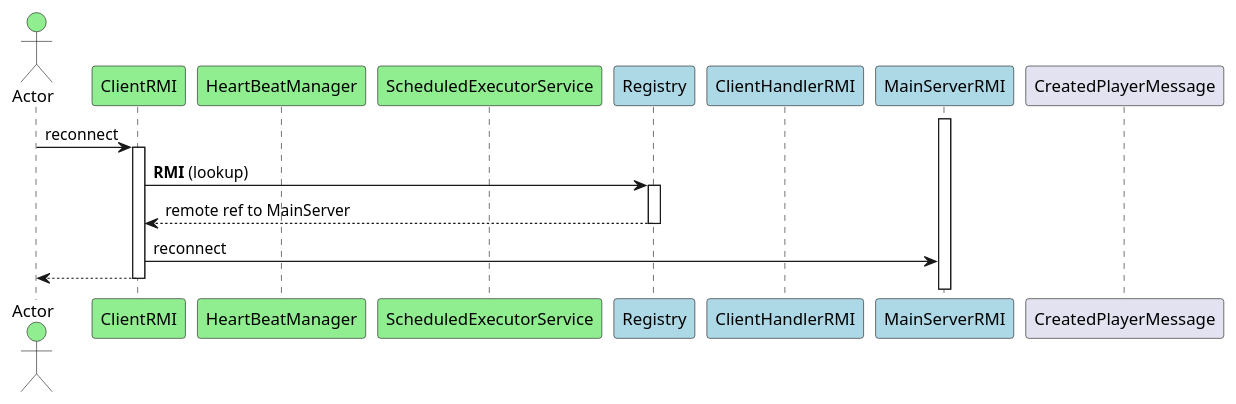
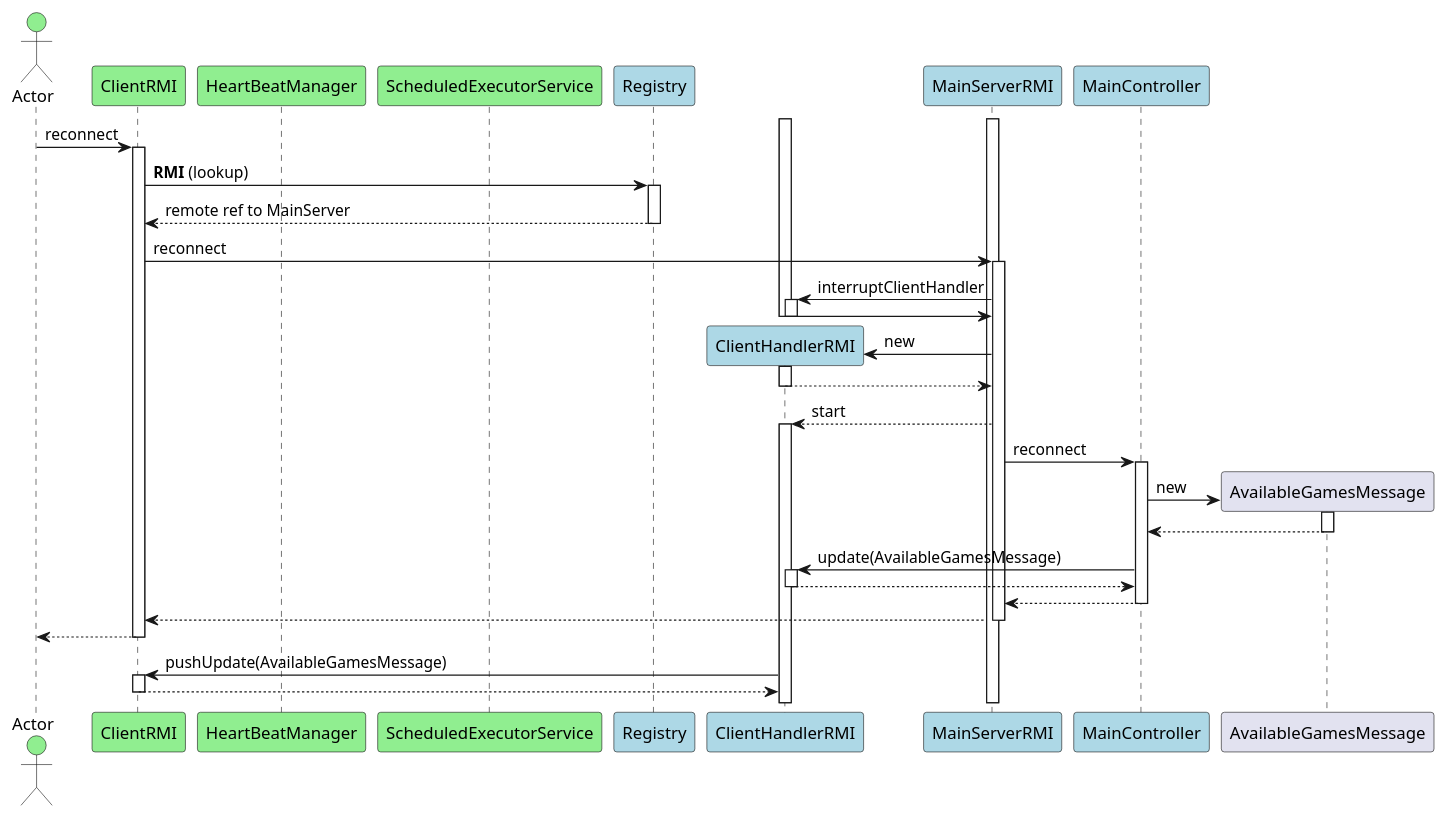
Before and after one commit to federicovilla55/ing-sw-2024-sood-villa-vitali-zanzottera: the diagram in deliverables/Peer_Review_2/ClientRMITest_testClientReconnection.puml, drawn with PlantUML. The commit also changed 4 other files, not shown here.

Commit message:
plantuml

```diff
--- a/deliverables/Peer_Review_2/ClientRMITest_testClientReconnection.puml
+++ b/deliverables/Peer_Review_2/ClientRMITest_testClientReconnection.puml
@@ -1,20 +1,51 @@
 @startuml
 actor Actor #lightgreen
 participant ClientRMI #lightgreen
 participant HeartBeatManager #lightgreen
 participant ScheduledExecutorService #lightgreen
 participant Registry #lightblue
 participant ClientHandlerRMI #lightblue
 participant MainServerRMI #lightblue
-participant CreatedPlayerMessage
+participant MainController #lightblue
+participant AvailableGamesMessage
 
 activate MainServerRMI
+activate ClientHandlerRMI
 Actor -> ClientRMI ++ : reconnect
 
 ClientRMI-> Registry ++ : **RMI** (lookup)
 Registry --> ClientRMI -- : remote ref to MainServer
 
-ClientRMI -> MainServerRMI : reconnect
+ClientRMI -> MainServerRMI ++ : reconnect
+
+MainServerRMI -> ClientHandlerRMI ++ : interruptClientHandler
+ClientHandlerRMI -> MainServerRMI --
+
+deactivate ClientHandlerRMI
+
+create ClientHandlerRMI
+MainServerRMI  -> ClientHandlerRMI ++ : new
+ClientHandlerRMI --> MainServerRMI --
+
+MainServerRMI --> ClientHandlerRMI ++ : start
+
+MainServerRMI -> MainController ++ : reconnect
+
+create AvailableGamesMessage
+MainController  -> AvailableGamesMessage ++ : new
+AvailableGamesMessage --> MainController --
+
+MainController -> ClientHandlerRMI ++ : update(AvailableGamesMessage)
+ClientHandlerRMI --> MainController --
+
+MainController --> MainServerRMI --
+
+MainServerRMI --> ClientRMI --
 
 ClientRMI --> Actor --
+
+ClientHandlerRMI -> ClientRMI ++ : pushUpdate(AvailableGamesMessage)
+
+ClientRMI --> ClientHandlerRMI --
+
 @enduml
```
